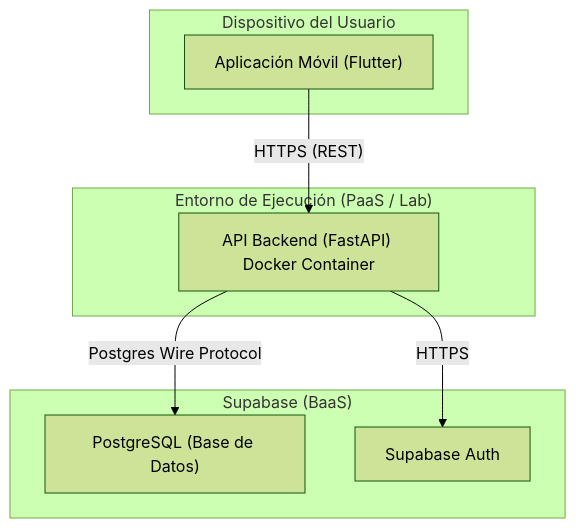
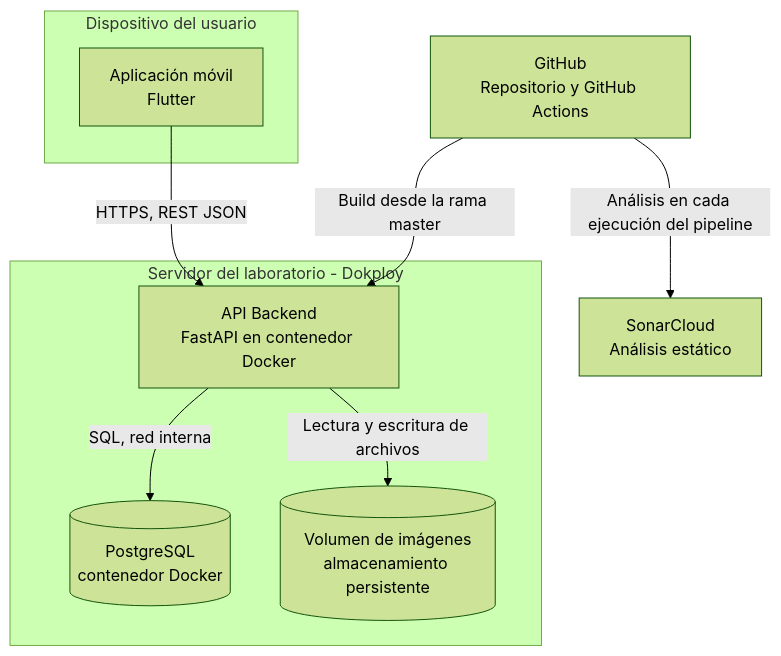
The diagram in docs/arc42/07_vista_de_despliegue.md (ISCOUTB/AS_202620_Clubs_UTB), drawn with Mermaid (forest theme) before and after one commit. The commit also changed other lines of this file and 15 other files, not shown here.

````diff
--- a/docs/arc42/07_vista_de_despliegue.md
+++ b/docs/arc42/07_vista_de_despliegue.md
@@ -16,19 +15,21 @@
 ```mermaid
 graph TD
-    subgraph "Dispositivo del Usuario"
-        APP["Aplicación Móvil (Flutter)"]
+    subgraph DISP["Dispositivo del usuario"]
+        APP["Aplicación móvil<br/>Flutter"]
     end
-    
-    subgraph "Entorno de Ejecución (PaaS / Lab)"
-        API["API Backend (FastAPI) Docker Container"]
+
+    subgraph DOK["Servidor del laboratorio - Dokploy"]
+        API["API Backend<br/>FastAPI en contenedor Docker"]
+        DB[("PostgreSQL<br/>contenedor Docker")]
+        VOL[("Volumen de imágenes<br/>almacenamiento persistente")]
     end
-    
-    subgraph "Supabase (BaaS)"
-        DB["PostgreSQL (Base de Datos)"]
-        AUTH["Supabase Auth"]
-    end
-    
-    APP -- "HTTPS (REST)" --> API
-    API -- "Postgres Wire Protocol" --> DB
-    API -- "HTTPS" --> AUTH
+
+    GH["GitHub<br/>Repositorio y GitHub Actions"]
+    SONAR["SonarCloud<br/>Análisis estático"]
+
+    APP -->|"HTTPS, REST JSON"| API
+    API -->|"SQL, red interna"| DB
+    API -->|"Lectura y escritura de archivos"| VOL
+    GH -->|"Build desde la rama master"| API
+    GH -->|"Análisis en cada ejecución del pipeline"| SONAR
 ```
````
